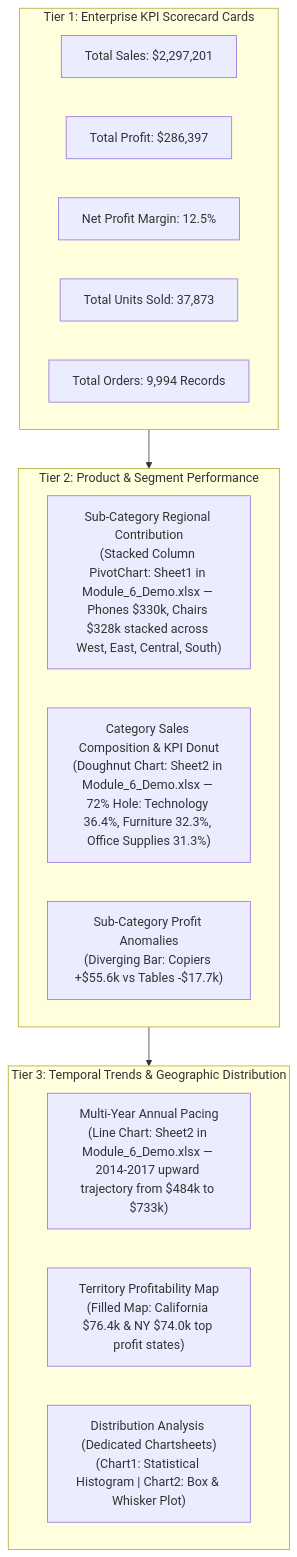
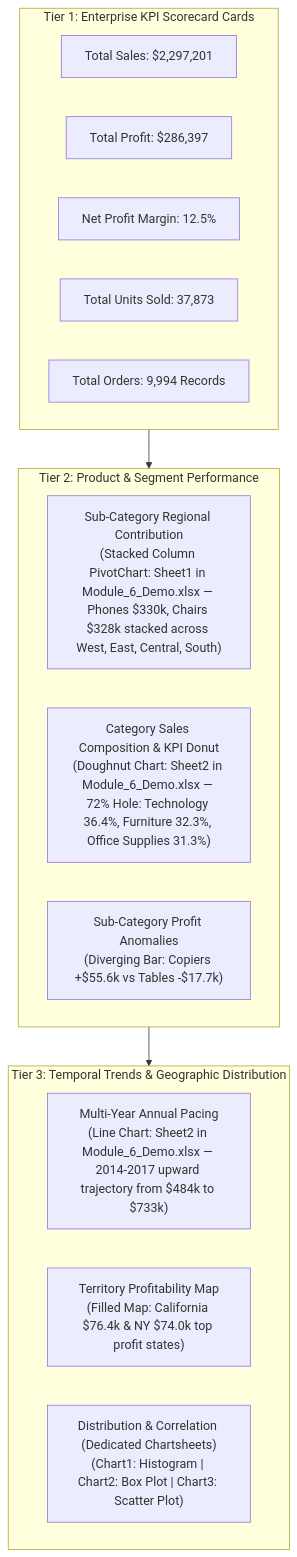
One commit to Sohila-Khaled-Abbas/COURSE-EXCEL-ZERO-TO-HERO changed the second of 4 diagrams in 02_Notes/06_Data_Analysis_Charts/03_Dashboard_Visual_Hierarchy.md. Above: the diagram before and after it, drawn with Mermaid. The commit also changed 5 other files, not shown here.

Commit message:
feat(module-06): sync documentation with 6 sheets, 9 charts, and dedicated chartsheets in Module_6_Demo.xlsx

````diff
--- a/02_Notes/06_Data_Analysis_Charts/03_Dashboard_Visual_Hierarchy.md
+++ b/02_Notes/06_Data_Analysis_Charts/03_Dashboard_Visual_Hierarchy.md
@@ -94,25 +94,25 @@
 ```mermaid
 flowchart TD
     subgraph SuperstoreTier1 ["Tier 1: Enterprise KPI Scorecard Cards"]
         SS_K1["Total Sales: $2,297,201"]
         SS_K2["Total Profit: $286,397"]
         SS_K3["Net Profit Margin: 12.5%"]
         SS_K4["Total Units Sold: 37,873"]
         SS_K5["Total Orders: 9,994 Records"]
     end
 
     subgraph SuperstoreTier2 ["Tier 2: Product & Segment Performance"]
         SS_C1["Sub-Category Regional Contribution<br/>(Stacked Column PivotChart: Sheet1 in Module_6_Demo.xlsx — Phones $330k, Chairs $328k stacked across West, East, Central, South)"]
         SS_C2["Category Sales Composition & KPI Donut<br/>(Doughnut Chart: Sheet2 in Module_6_Demo.xlsx — 72% Hole: Technology 36.4%, Furniture 32.3%, Office Supplies 31.3%)"]
         SS_C3["Sub-Category Profit Anomalies<br/>(Diverging Bar: Copiers +$55.6k vs Tables -$17.7k)"]
     end
 
     subgraph SuperstoreTier3 ["Tier 3: Temporal Trends & Geographic Distribution"]
         SS_T1["Multi-Year Annual Pacing<br/>(Line Chart: Sheet2 in Module_6_Demo.xlsx — 2014-2017 upward trajectory from $484k to $733k)"]
         SS_T2["Territory Profitability Map<br/>(Filled Map: California $76.4k & NY $74.0k top profit states)"]
-        SS_T3["Distribution Analysis (Dedicated Chartsheets)<br/>(Chart1: Statistical Histogram | Chart2: Box & Whisker Plot)"]
+        SS_T3["Distribution & Correlation (Dedicated Chartsheets)<br/>(Chart1: Histogram | Chart2: Box Plot | Chart3: Scatter Plot)"]
     end
 
     SuperstoreTier1 --> SuperstoreTier2
     SuperstoreTier2 --> SuperstoreTier3
 ```
````
